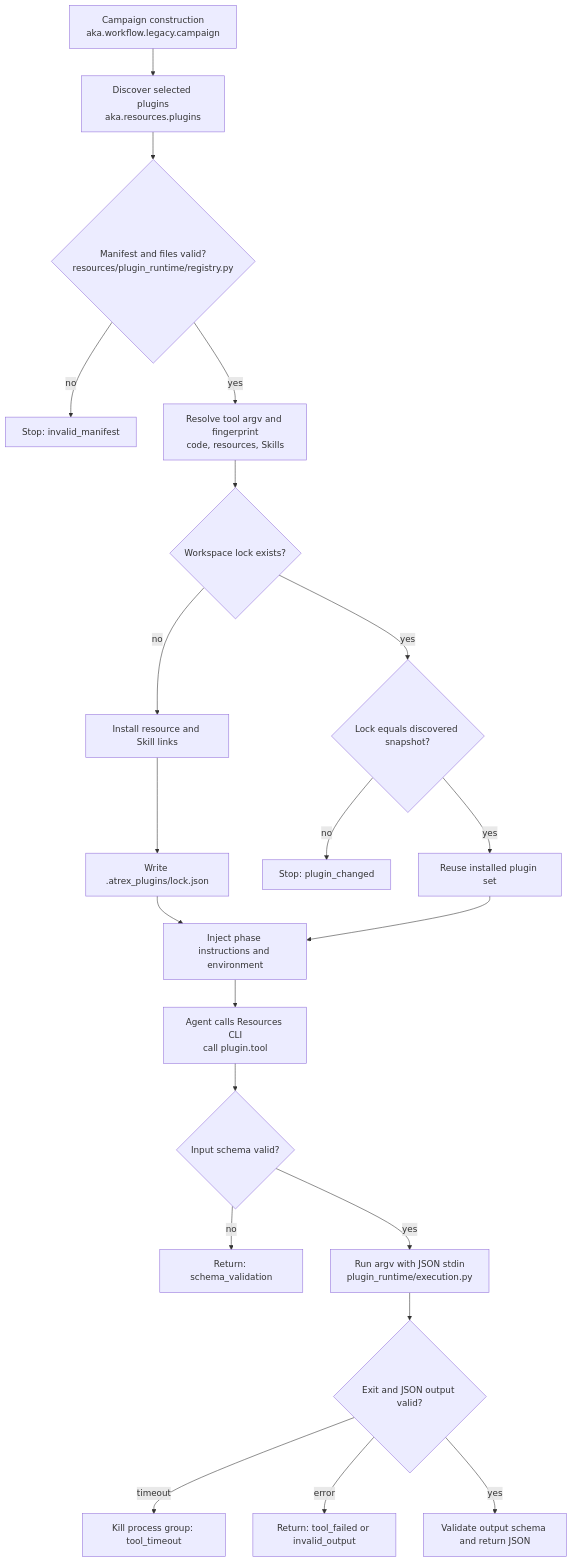
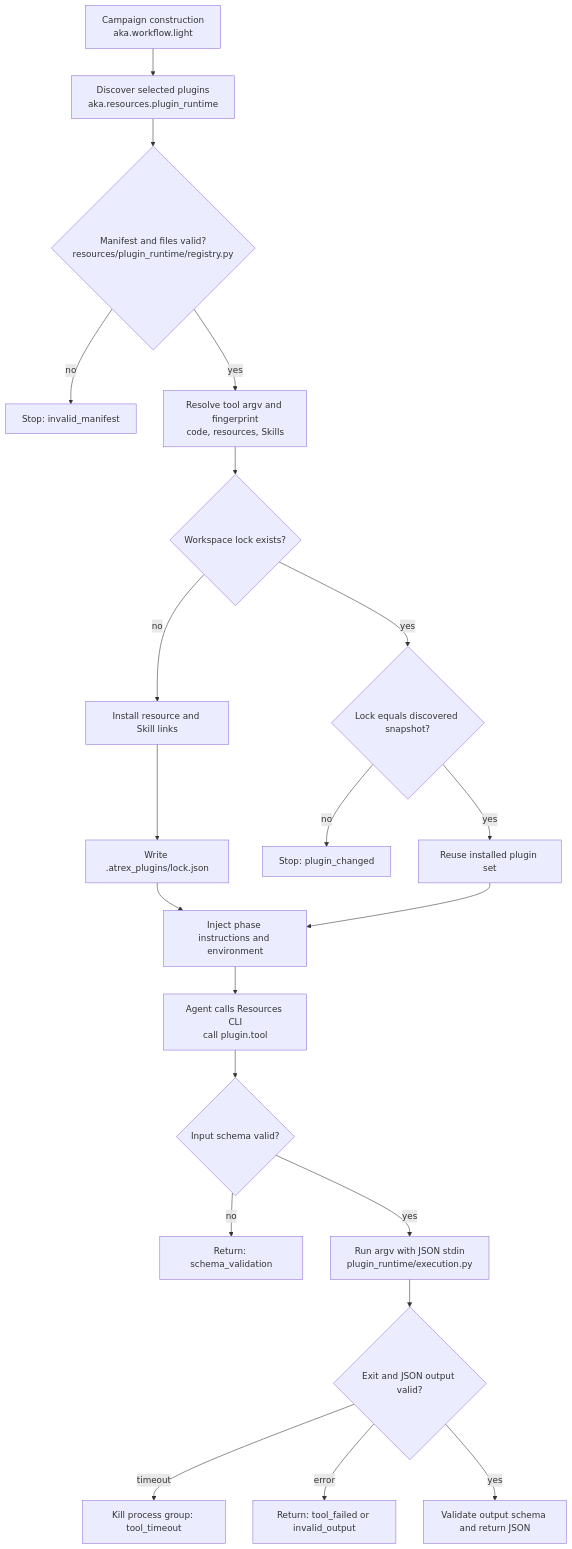
The diagram in docs/plugins.md (alibaba/atrex-kernel-agent), drawn with Mermaid before and after one commit. The commit also changed other lines of this file and 538 other files, not shown here.

````diff
--- a/docs/plugins.md
+++ b/docs/plugins.md
@@ -59,23 +58,23 @@
 ```mermaid
 flowchart TD
-    A[Campaign construction<br/>aka.workflow.legacy.campaign] --> B[Discover selected plugins<br/>aka.resources.plugins]
+    A[Campaign construction<br/>aka.workflow.light] --> B[Discover selected plugins<br/>aka.resources.plugin_runtime]
     B --> C{Manifest and files valid?<br/>resources/plugin_runtime/registry.py}
     C -- no --> C1[Stop: invalid_manifest]
     C -- yes --> D[Resolve tool argv and fingerprint<br/>code, resources, Skills]
     D --> E{Workspace lock exists?}
     E -- no --> F[Install resource and Skill links]
     F --> G[Write .atrex_plugins/lock.json]
     E -- yes --> H{Lock equals discovered snapshot?}
     H -- no --> H1[Stop: plugin_changed]
     H -- yes --> I[Reuse installed plugin set]
     G --> J[Inject phase instructions and environment]
     I --> J
     J --> K[Agent calls Resources CLI<br/>call plugin.tool]
     K --> L{Input schema valid?}
     L -- no --> L1[Return: schema_validation]
     L -- yes --> M[Run argv with JSON stdin<br/>plugin_runtime/execution.py]
     M --> N{Exit and JSON output valid?}
     N -- timeout --> N1[Kill process group: tool_timeout]
     N -- error --> N2[Return: tool_failed or invalid_output]
     N -- yes --> O[Validate output schema and return JSON]
 ```
````
